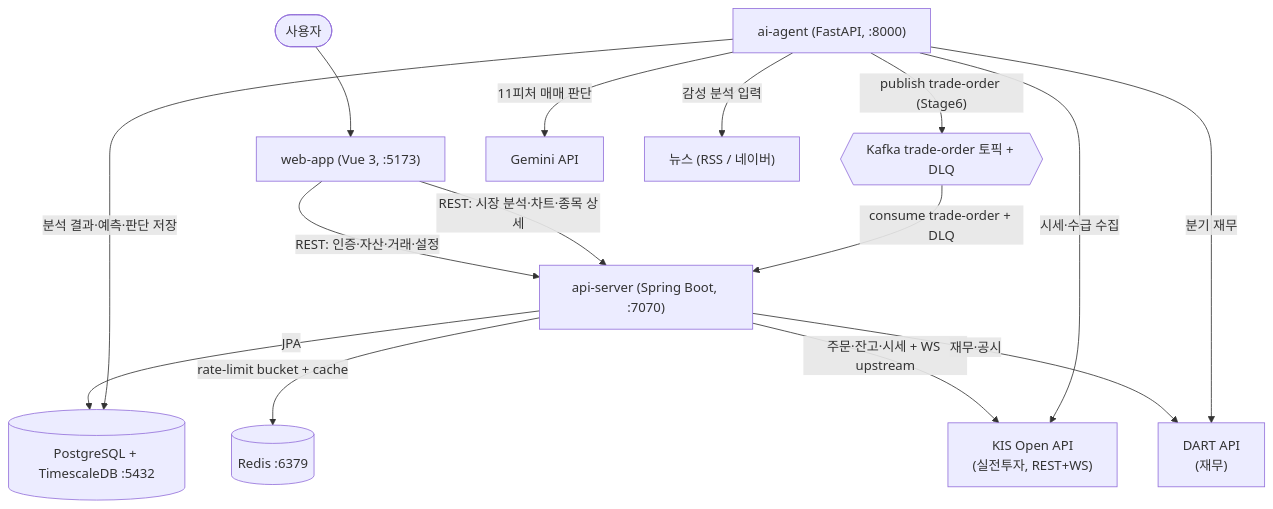
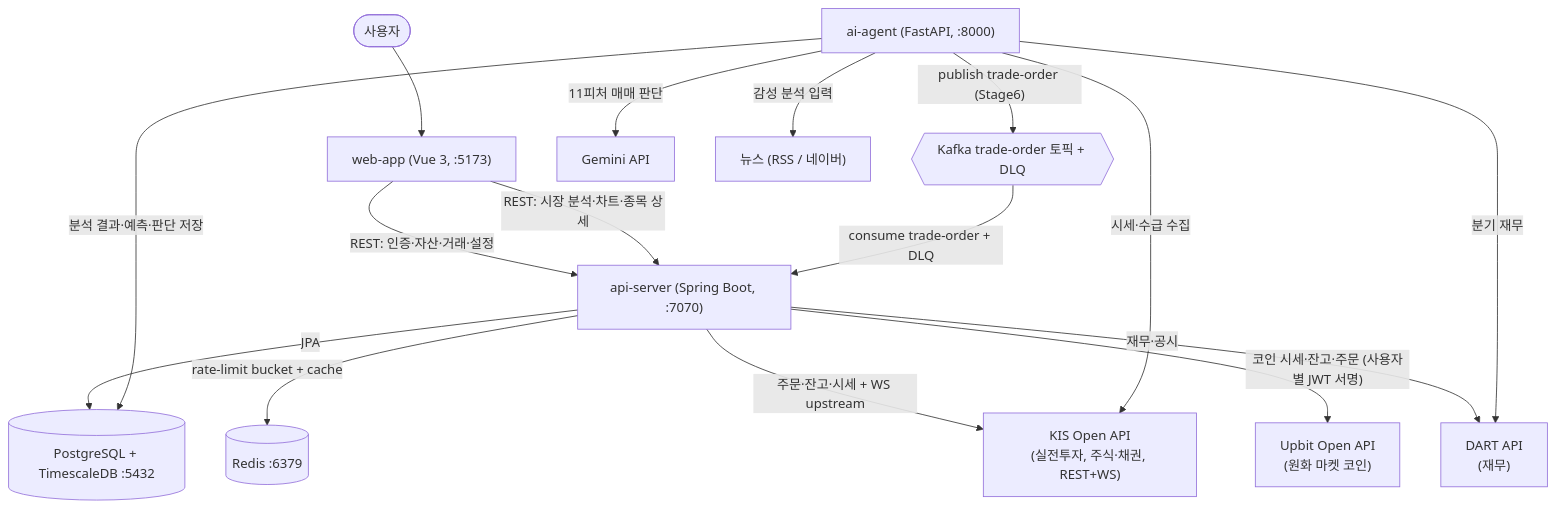
The first of 2 diagrams in _docs/ARCHITECTURE.md (Lib0823/AssetManage_Agent-Project), drawn with Mermaid before and after one commit. The commit also changed other lines of this file and 68 other files, not shown here.

````diff
--- a/_docs/ARCHITECTURE.md
+++ b/_docs/ARCHITECTURE.md
@@ -31,31 +31,33 @@
 ```mermaid
 graph TD
     User([사용자])
     Web["web-app (Vue 3, :5173)"]
     API["api-server (Spring Boot, :7070)"]
     AI["ai-agent (FastAPI, :8000)"]
     DB[("PostgreSQL + TimescaleDB :5432")]
     Redis[("Redis :6379")]
     Kafka{{"Kafka trade-order 토픽 + DLQ"}}
-    KIS["KIS Open API<br/>(실전투자, REST+WS)"]
+    KIS["KIS Open API<br/>(실전투자, 주식·채권, REST+WS)"]
+    UPBIT["Upbit Open API<br/>(원화 마켓 코인)"]
     DART["DART API<br/>(재무)"]
     GEM["Gemini API"]
     NEWS["뉴스 (RSS / 네이버)"]
 
     User --> Web
     Web -->|"REST: 인증·자산·거래·설정"| API
     Web -->|"REST: 시장 분석·차트·종목 상세"| API
 
     API -->|JPA| DB
     API -->|"rate-limit bucket + cache"| Redis
     API -->|"주문·잔고·시세 + WS upstream"| KIS
+    API -->|"코인 시세·잔고·주문 (사용자별 JWT 서명)"| UPBIT
     API -->|"재무·공시"| DART
     Kafka -->|"consume trade-order + DLQ"| API
 
     AI -->|"분석 결과·예측·판단 저장"| DB
     AI -->|"시세·수급 수집"| KIS
     AI -->|"분기 재무"| DART
     AI -->|"11피처 매매 판단"| GEM
     AI -->|"감성 분석 입력"| NEWS
     AI -->|"publish trade-order (Stage6)"| Kafka
 ```
````
